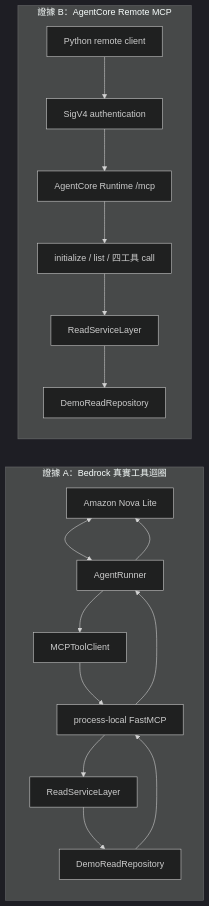
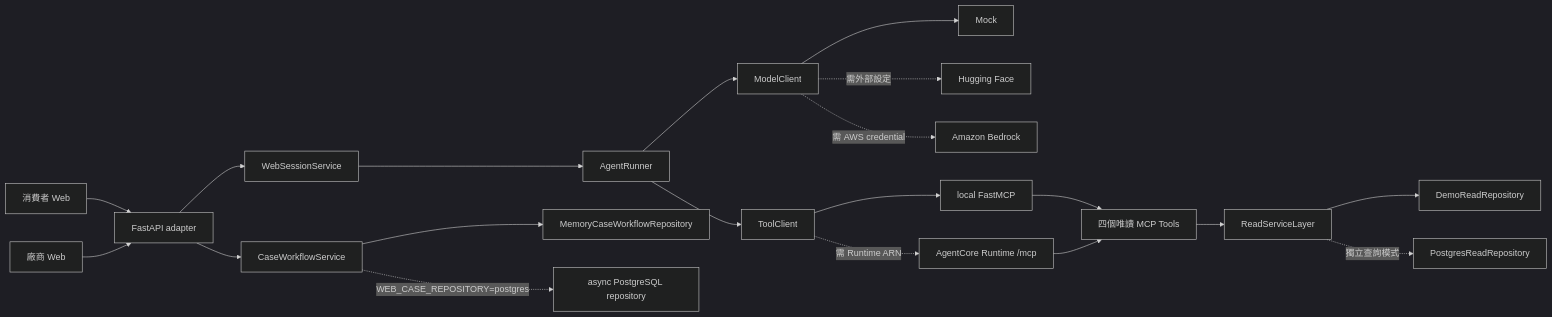
Before and after one commit to spicyhoney/nw_p: the first of 3 diagrams in docs/architecture.md, drawn with Mermaid (dark theme). The commit also changed other lines of this file and 29 other files, not shown here.

````diff
--- a/docs/architecture.md
+++ b/docs/architecture.md
@@ -48,21 +19,25 @@
 ```mermaid
 flowchart LR
-    subgraph BedrockEvidence["證據 A：Bedrock 真實工具迴圈"]
-        Nova["Amazon Nova Lite"] <--> Runner["AgentRunner"]
-        Runner --> LocalClient["MCPToolClient"]
-        LocalClient --> LocalMCP["process-local FastMCP"]
-        LocalMCP --> LocalService["ReadServiceLayer"]
-        LocalService --> LocalRepo["DemoReadRepository"]
-        LocalRepo --> LocalMCP
-        LocalMCP --> Runner
-        Runner --> Nova
-    end
+    Consumer["消費者 Web"] --> API["FastAPI adapter"]
+    Provider["廠商 Web"] --> API
 
-    subgraph RuntimeEvidence["證據 B：AgentCore Remote MCP"]
-        Probe["Python remote client"] --> SigV4["SigV4 authentication"]
-        SigV4 --> RuntimeProof["AgentCore Runtime /mcp"]
-        RuntimeProof --> RemoteTools["initialize / list / 四工具 call"]
-        RemoteTools --> RemoteServiceProof["ReadServiceLayer"]
-        RemoteServiceProof --> RemoteRepoProof["DemoReadRepository"]
-    end
+    API --> Session["WebSessionService"]
+    Session --> Runner["AgentRunner"]
+    Runner --> Model["ModelClient"]
+    Model --> Mock["Mock"]
+    Model -. "需外部設定" .-> HF["Hugging Face"]
+    Model -. "需 AWS credential" .-> Bedrock["Amazon Bedrock"]
+
+    Runner --> Client["ToolClient"]
+    Client --> Local["local FastMCP"]
+    Client -. "需 Runtime ARN" .-> Remote["AgentCore Runtime /mcp"]
+    Local --> Tools["四個唯讀 MCP Tools"]
+    Remote --> Tools
+    Tools --> Read["ReadServiceLayer"]
+    Read --> Demo["DemoReadRepository"]
+    Read -. "獨立查詢模式" .-> PGRead["PostgresReadRepository"]
+
+    API --> Workflow["CaseWorkflowService"]
+    Workflow --> Memory["MemoryCaseWorkflowRepository"]
+    Workflow -. "WEB_CASE_REPOSITORY=postgres" .-> PGWrite["async PostgreSQL repository"]
 ```
````
